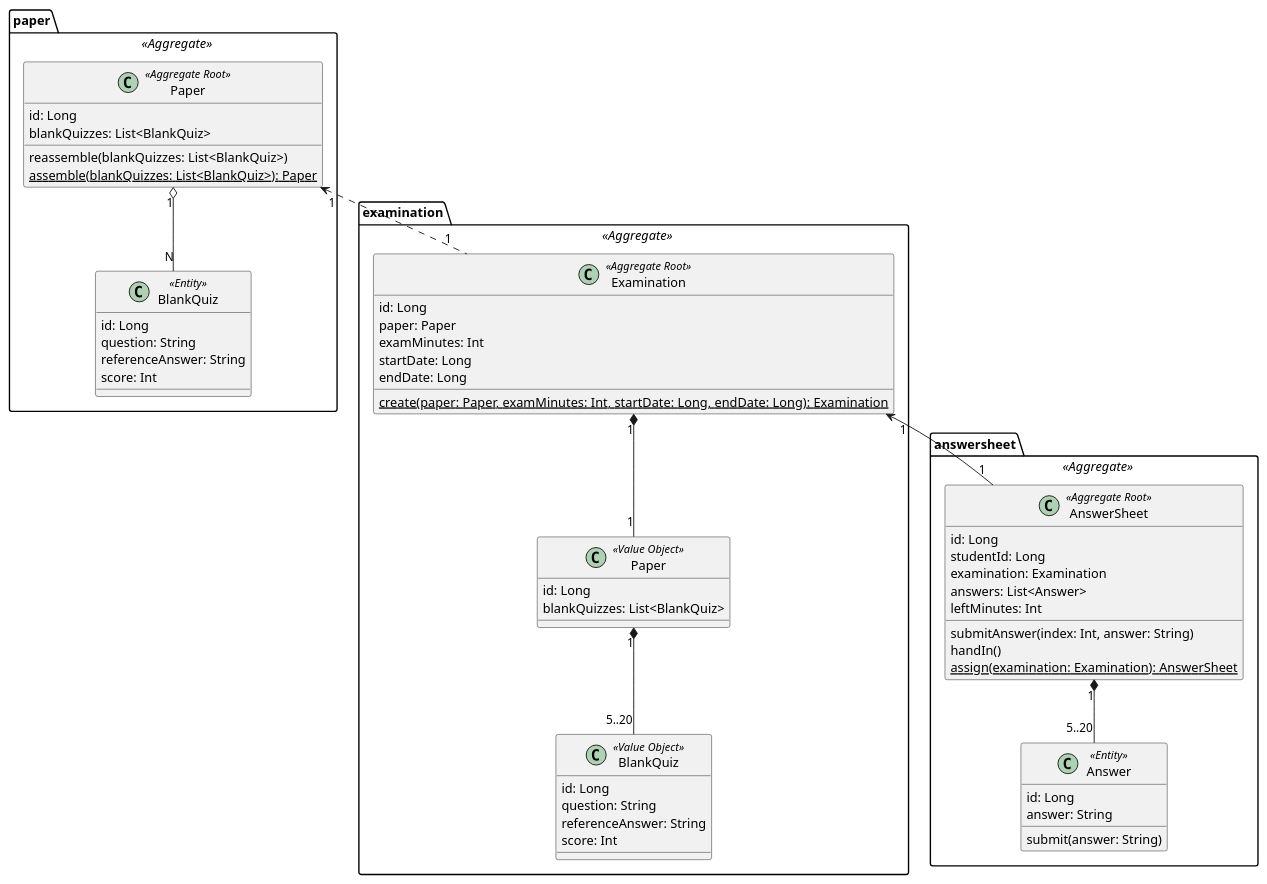
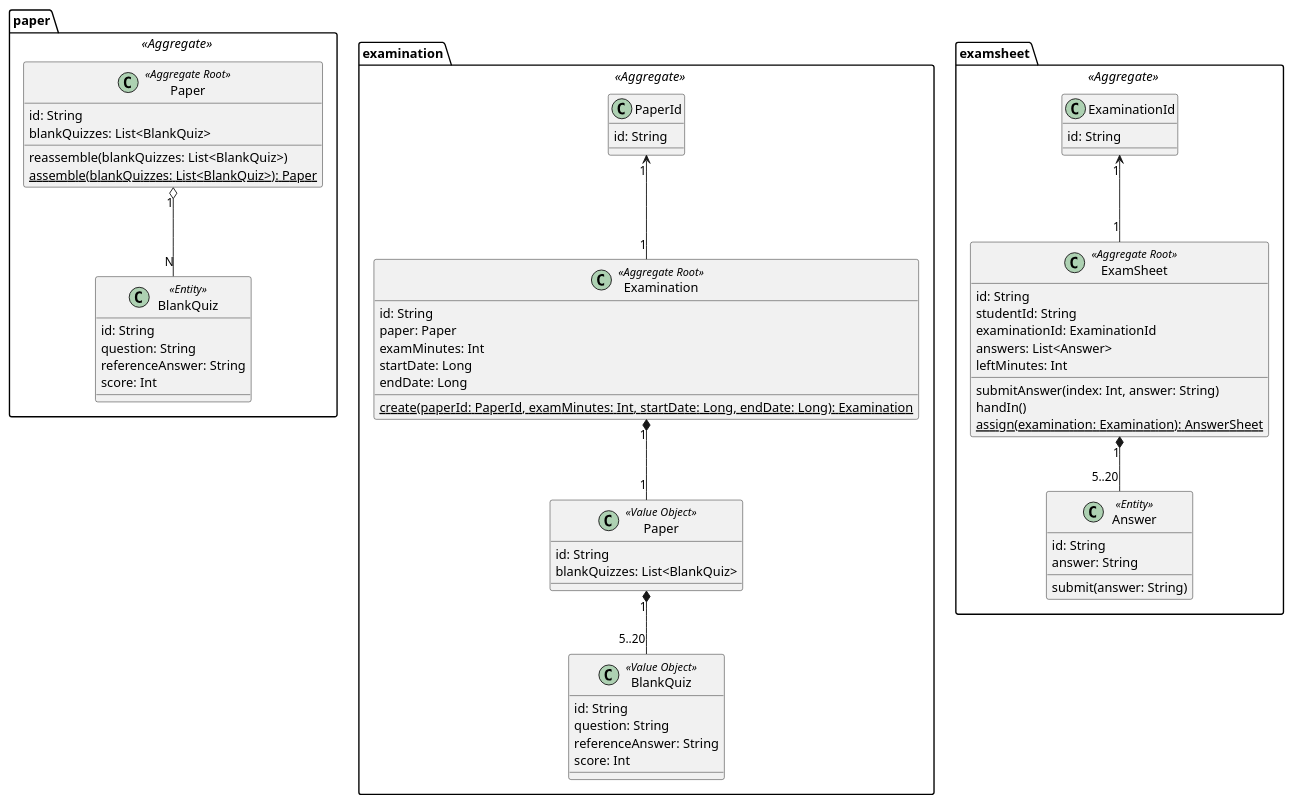
Before and after one commit to jie-meng/Exam: the diagram in design/exam.puml, drawn with PlantUML.

```diff
--- a/design/exam.puml
+++ b/design/exam.puml
@@ -1,72 +1,81 @@
 @startuml
 
 package paper <<Aggregate>> {
 
     class Paper <<Aggregate Root>> {
-        id: Long
+        id: String
         blankQuizzes: List<BlankQuiz>
         reassemble(blankQuizzes: List<BlankQuiz>)
         {static} assemble(blankQuizzes: List<BlankQuiz>): Paper
     }
 
     class BlankQuiz <<Entity>> {
-        id: Long
+        id: String
         question: String
         referenceAnswer: String
         score: Int
     }
 
     Paper "1" o-- "N" BlankQuiz
 }
 
 package examination <<Aggregate>> {
 
     class Examination <<Aggregate Root>> {
-        id: Long
+        id: String
         paper: Paper
         examMinutes: Int
         startDate: Long
         endDate: Long
-        {static} create(paper: Paper, examMinutes: Int, startDate: Long, endDate: Long): Examination
+        {static} create(paperId: PaperId, examMinutes: Int, startDate: Long, endDate: Long): Examination
     }
 
     class "Paper" as P <<Value Object>> {
-        id: Long
+        id: String
         blankQuizzes: List<BlankQuiz>
     }
 
     class "BlankQuiz" as Q <<Value Object>> {
-        id: Long
+        id: String
         question: String
         referenceAnswer: String
         score: Int
     }
 
+    class PaperId {
+        id: String
+    }
+
     Examination "1" *-- "1" P
     P "1" *-- "5..20" Q
-    Paper "1" <.. "1" Examination
+    PaperId "1" <-- "1" Examination
 }
 
-package answersheet <<Aggregate>> {
-    class AnswerSheet <<Aggregate Root>> {
-        id: Long
-        studentId: Long
-        examination: Examination
+package examsheet <<Aggregate>> {
+
+    class ExamSheet <<Aggregate Root>> {
+        id: String
+        studentId: String
+        examinationId: ExaminationId
         answers: List<Answer>
         leftMinutes: Int
         submitAnswer(index: Int, answer: String)
         handIn()
         {static} assign(examination: Examination): AnswerSheet
     }
 
     class Answer <<Entity>> {
-        id: Long
+        id: String
         answer: String
         submit(answer: String)
     }
 
-    Examination "1" <-- "1" AnswerSheet
-    AnswerSheet "1" *-- "5..20" Answer
+    class ExaminationId {
+        id: String
+    }
+
+    ExaminationId "1" <-- "1" ExamSheet
+    ExamSheet "1" *-- "5..20" Answer
 }
 
 @enduml
```
